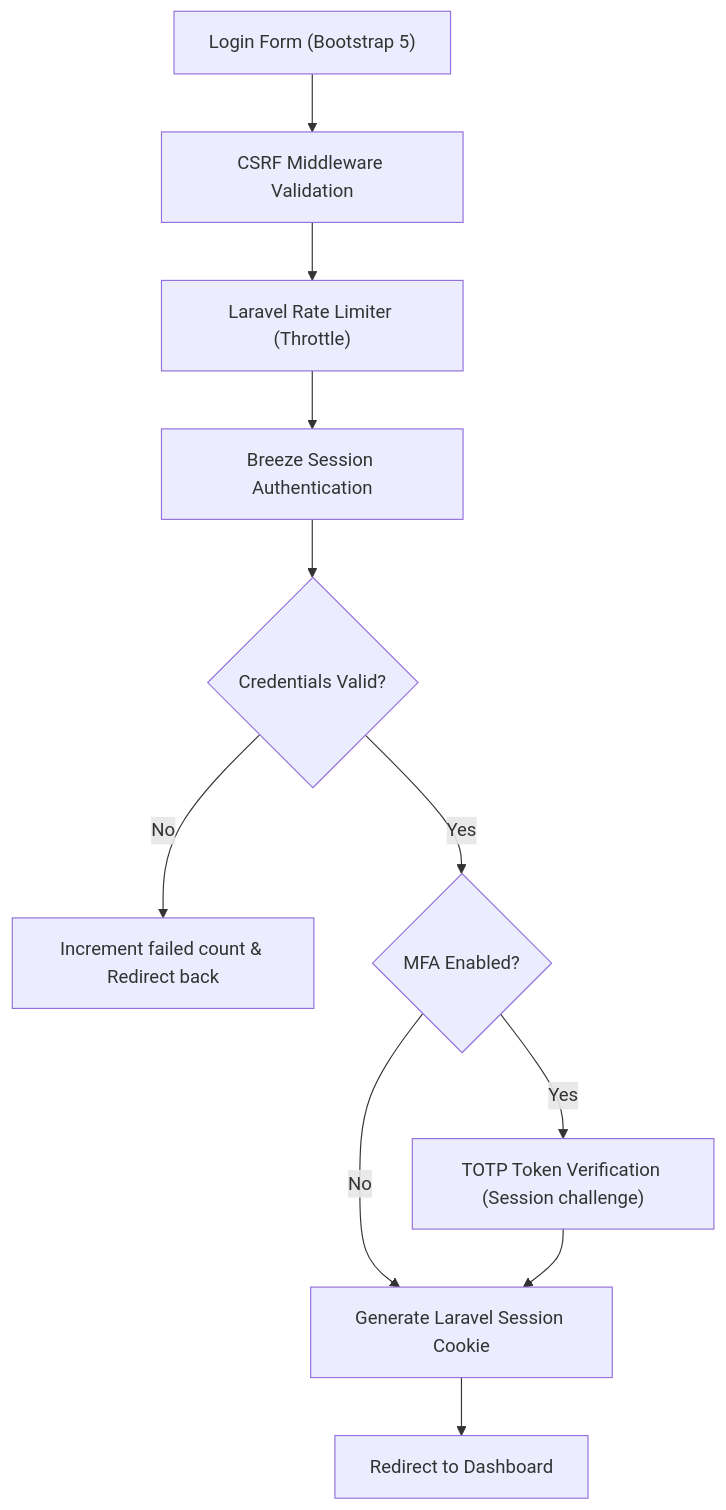
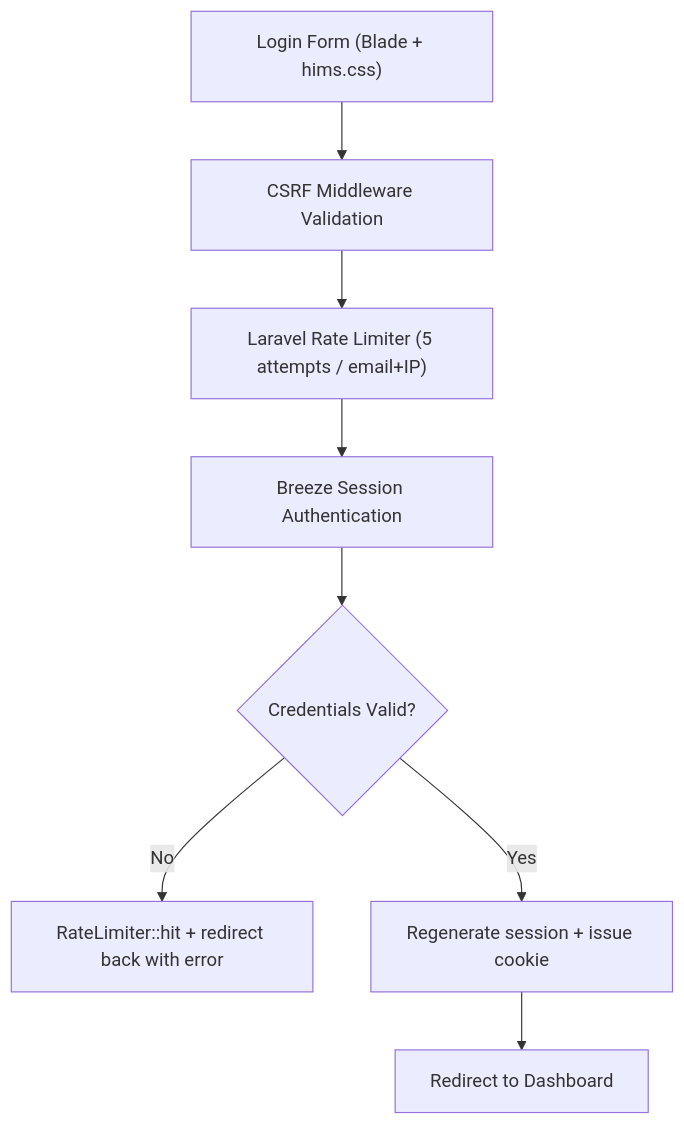
The fifth of 5 diagrams in HIMS_SYSTEM_DOCUMENTATION.md (shikabane277/HIMS-v2), drawn with Mermaid before and after one commit. The commit also changed other lines of this file and 66 other files, not shown here.

````diff
--- a/HIMS_SYSTEM_DOCUMENTATION.md
+++ b/HIMS_SYSTEM_DOCUMENTATION.md
@@ -1012,13 +1092,10 @@
 ```mermaid
 graph TD
-    A["Login Form (Bootstrap 5)"] --> B["CSRF Middleware Validation"]
-    B --> C["Laravel Rate Limiter (Throttle)"]
+    A["Login Form (Blade + hims.css)"] --> B["CSRF Middleware Validation"]
+    B --> C["Laravel Rate Limiter (5 attempts / email+IP)"]
     C --> D["Breeze Session Authentication"]
     D --> E{"Credentials Valid?"}
-    E -- No --> F["Increment failed count & Redirect back"]
-    E -- Yes --> G{"MFA Enabled?"}
-    G -- Yes --> H["TOTP Token Verification (Session challenge)"]
-    G -- No --> I["Generate Laravel Session Cookie"]
-    H --> I
+    E -- No --> F["RateLimiter::hit + redirect back with error"]
+    E -- Yes --> I["Regenerate session + issue cookie"]
     I --> J["Redirect to Dashboard"]
 ```
````
